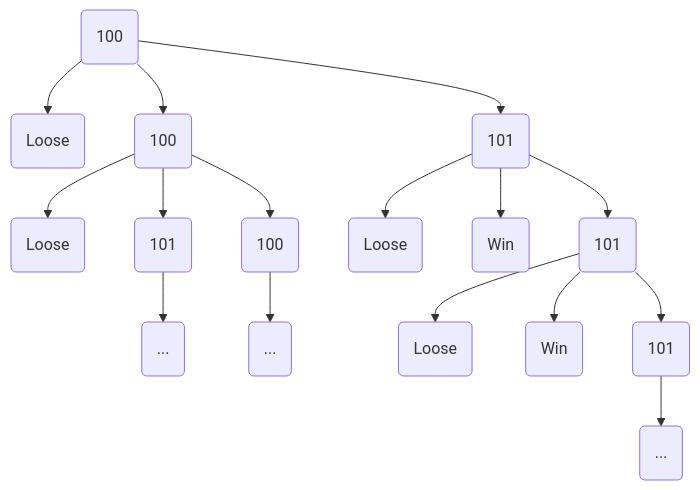
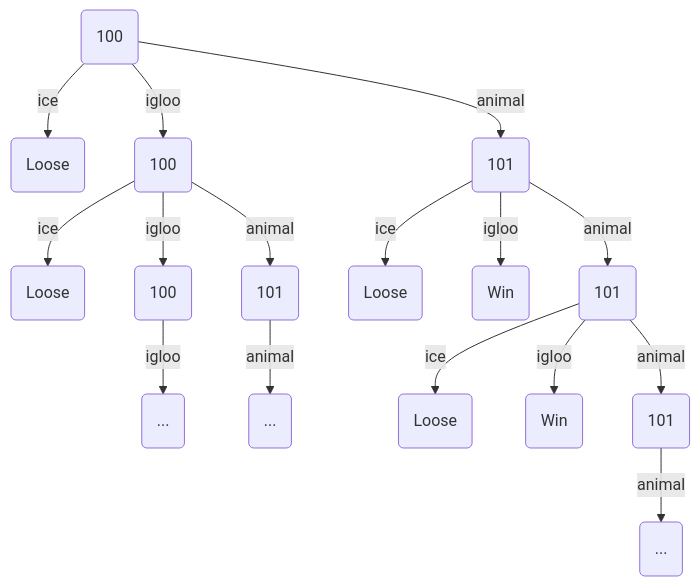
Before and after one commit to oliviertm/djecoLittleCooperation: the diagram in README.md, drawn with Mermaid. The commit also changed other lines of this file, not shown here.

Commit message:
On going writing of this file

````diff
--- a/README.md
+++ b/README.md
@@ -30,18 +46,18 @@
 ```mermaid
 graph TD;
-    R(100)-->IC0(Loose);
-    R-->R1(100);
-    R-->B1(101);
-    R1(100)-->IC1(Loose);
-    R1-->IG1(100);
-    R1-->B11(101);
-    B11-->B11i(...);
-    IG1-->IG1i(...)
-    B1-->IC2(Loose);
-    B1-->IG2(Win);
-    B1-->B2(101);
-    B2-->IC3(Loose);
-    B2-->IG3(Win);
-    B2-->B3(101);
-    B3-->Bi(...)
+    R(100)-->|ice| IC0(Loose);
+    R-->|igloo| R1(100);
+    R-->|animal| B1(101);
+    R1(100)-->|ice| IC1(Loose);
+    R1-->|igloo| IG1(100);
+    R1-->|animal| B11(101);
+    IG1-->|igloo| IG1i(...)
+    B11-->|animal| B11i(...);
+    B1-->|ice| IC2(Loose);
+    B1-->|igloo| IG2(Win);
+    B1-->|animal| B2(101);
+    B2-->|ice| IC3(Loose);
+    B2-->|igloo| IG3(Win);
+    B2-->|animal| B3(101);
+    B3-->|animal| Bi(...)
 ```
````
